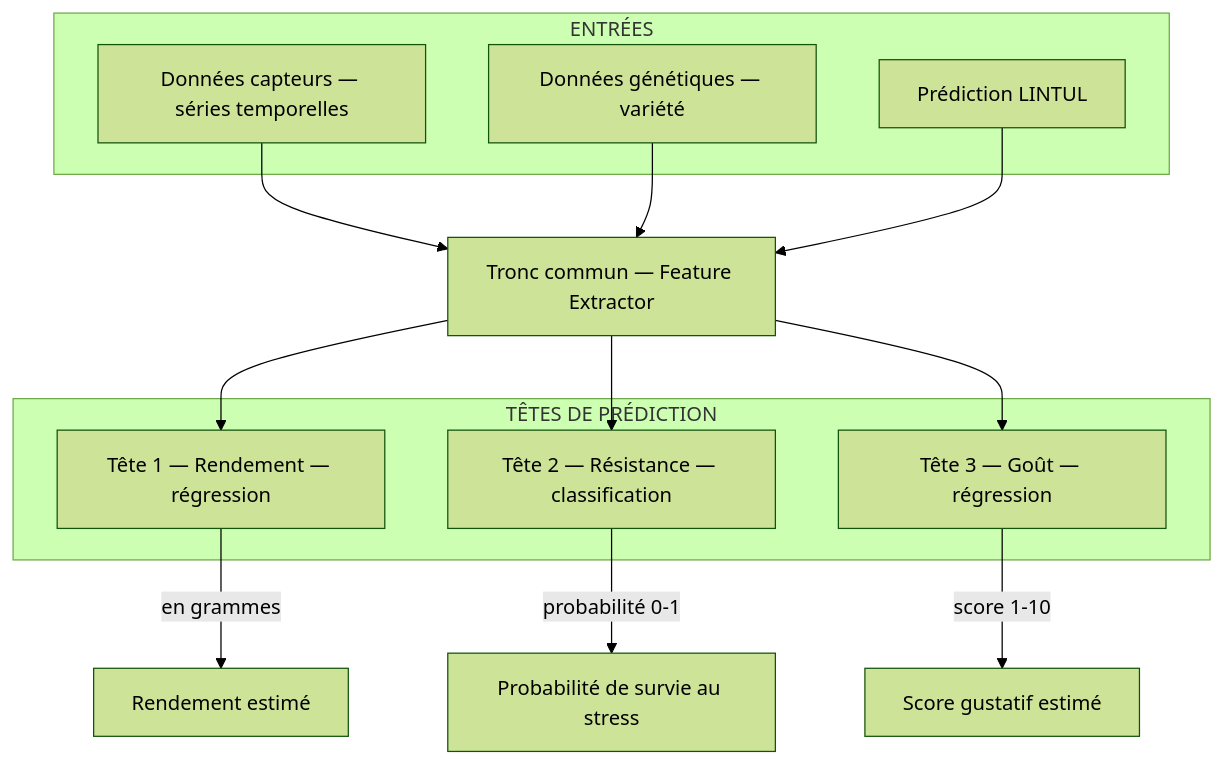
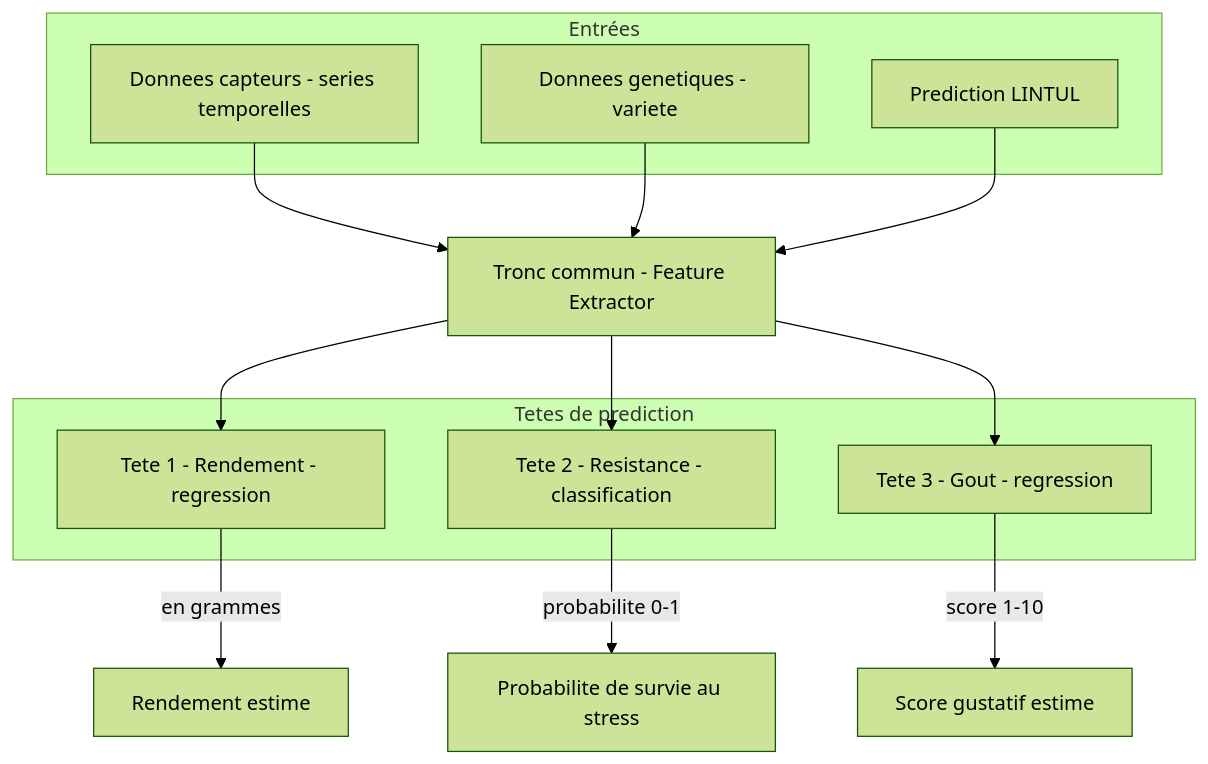
Before and after one commit to mistwil777/SRB: the first of 2 diagrams in docs/05_modelisation.md, drawn with Mermaid (forest theme). The commit also changed other lines of this file and 1 other file, not shown here.

````diff
--- a/docs/05_modelisation.md
+++ b/docs/05_modelisation.md
@@ -55,27 +55,27 @@
 ```mermaid
 flowchart TD
-    subgraph ENTRÉES
-        E1[Données capteurs — séries temporelles] ;
-        E2[Données génétiques — variété] ;
-        E3[Prédiction LINTUL] ;
+    subgraph ENTREES["Entrées"]
+        E1[Donnees capteurs - series temporelles] ;
+        E2[Donnees genetiques - variete] ;
+        E3[Prediction LINTUL] ;
     end
 
-    TRUNK[Tronc commun — Feature Extractor] ;
+    TRUNK[Tronc commun - Feature Extractor] ;
 
-    subgraph TÊTES DE PRÉDICTION
-        H1[Tête 1 — Rendement — régression] ;
-        H2[Tête 2 — Résistance — classification] ;
-        H3[Tête 3 — Goût — régression] ;
+    subgraph TETES["Tetes de prediction"]
+        H1[Tete 1 - Rendement - regression] ;
+        H2[Tete 2 - Resistance - classification] ;
+        H3[Tete 3 - Gout - regression] ;
     end
 
     E1 --> TRUNK ;
     E2 --> TRUNK ;
     E3 --> TRUNK ;
     TRUNK --> H1 ;
     TRUNK --> H2 ;
     TRUNK --> H3 ;
 
-    H1 -->|en grammes| S1[Rendement estimé] ;
-    H2 -->|probabilité 0-1| S2[Probabilité de survie au stress] ;
-    H3 -->|score 1-10| S3[Score gustatif estimé] ;
+    H1 -->|en grammes| S1[Rendement estime] ;
+    H2 -->|probabilite 0-1| S2[Probabilite de survie au stress] ;
+    H3 -->|score 1-10| S3[Score gustatif estime] ;
 ```
````
